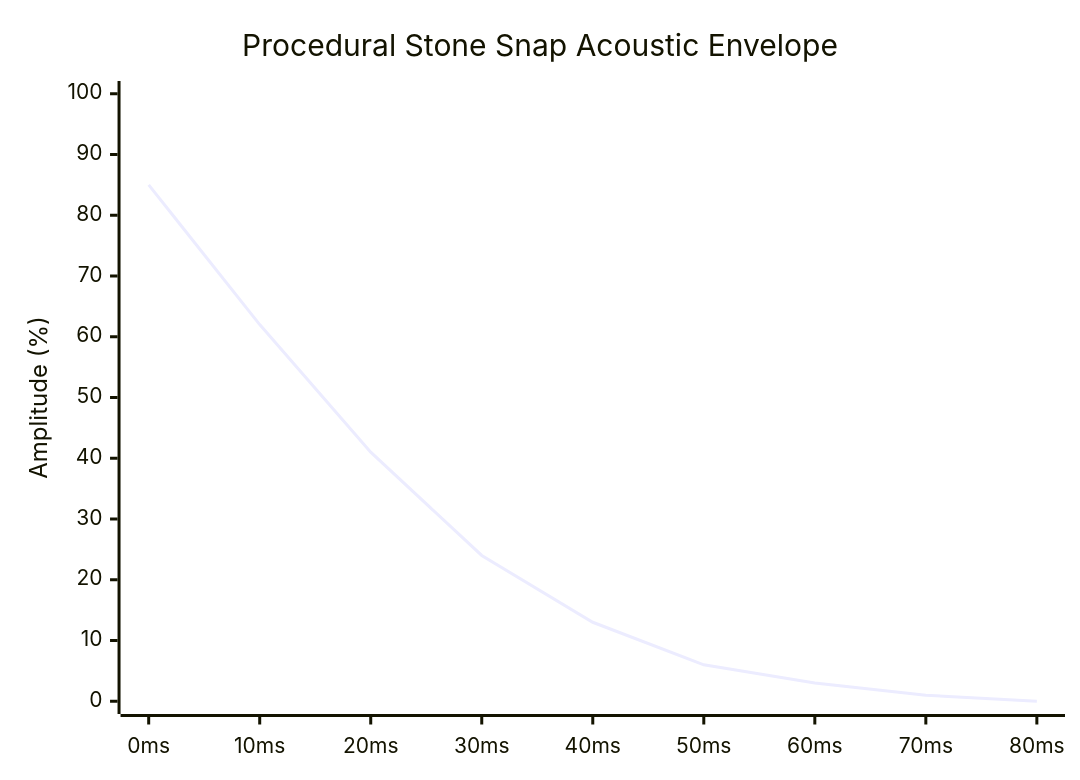
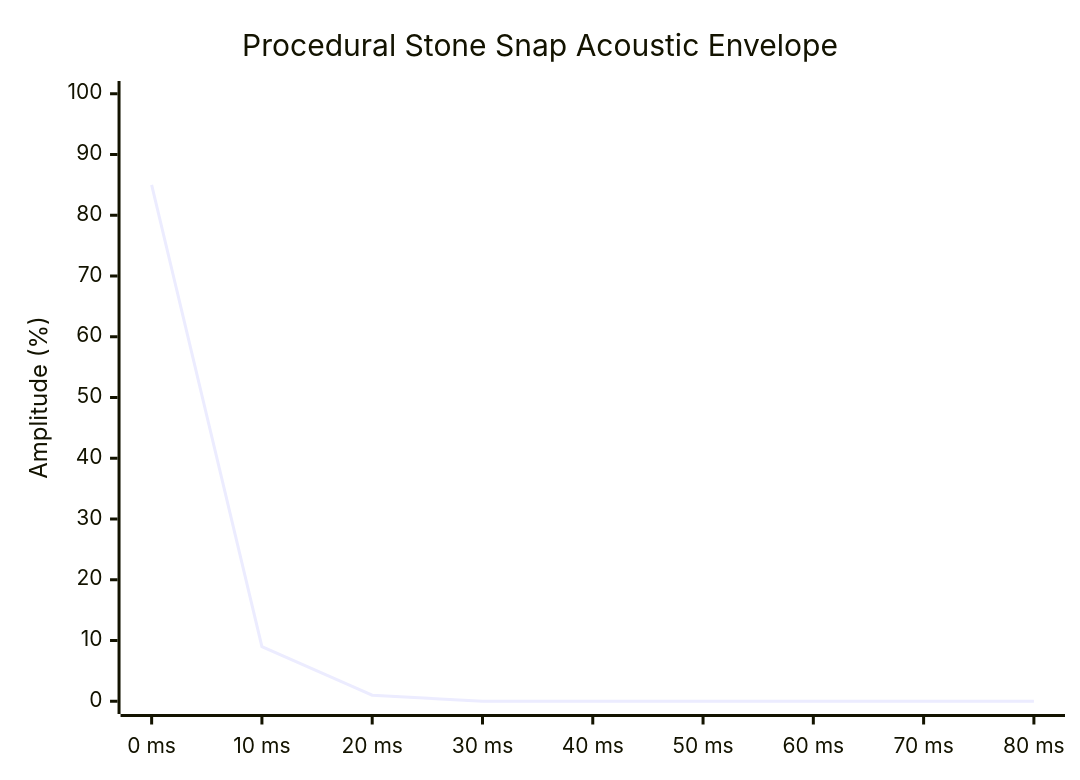
The second of 2 diagrams in docs/brain/12-app-architecture-and-audio.md (cjp-dev/Gomoku), drawn with Mermaid before and after one commit. The commit also changed other lines of this file and 26 other files, not shown here.

````diff
--- a/docs/brain/12-app-architecture-and-audio.md
+++ b/docs/brain/12-app-architecture-and-audio.md
@@ -120,7 +121,7 @@
 ```mermaid
 xychart-beta
     title "Procedural Stone Snap Acoustic Envelope"
-    x-axis [0ms, 10ms, 20ms, 30ms, 40ms, 50ms, 60ms, 70ms, 80ms]
+    x-axis ["0 ms", "10 ms", "20 ms", "30 ms", "40 ms", "50 ms", "60 ms", "70 ms", "80 ms"]
     y-axis "Amplitude (%)" 0 --> 100
-    line [85, 62, 41, 24, 13, 6, 3, 1, 0]
+    line [85, 9, 1, 0, 0, 0, 0, 0, 0]
 ```
````
